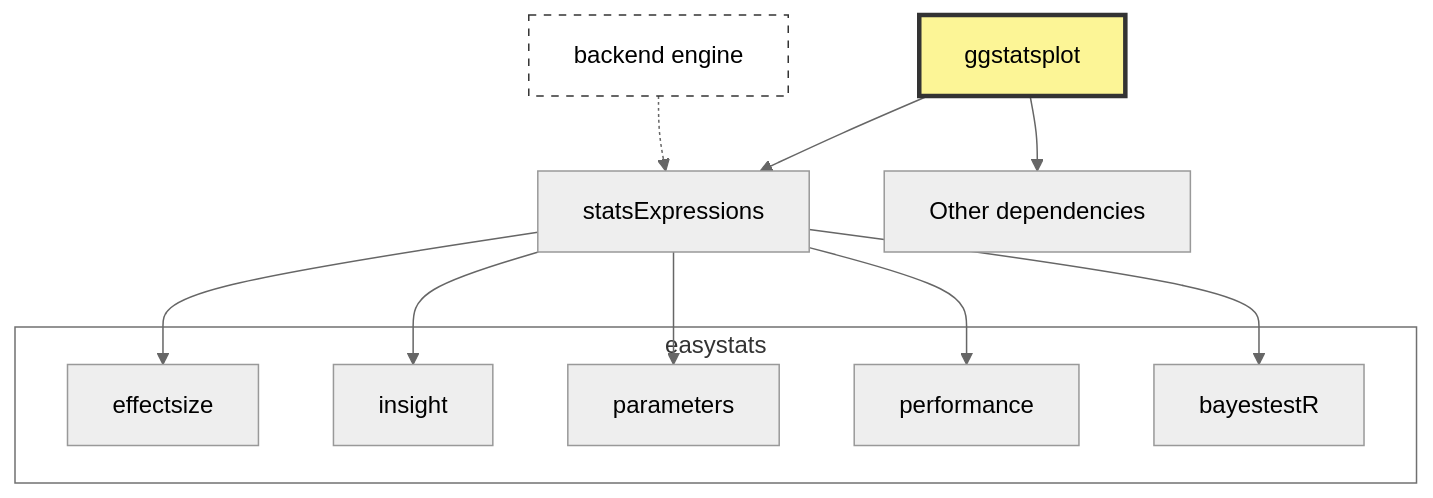
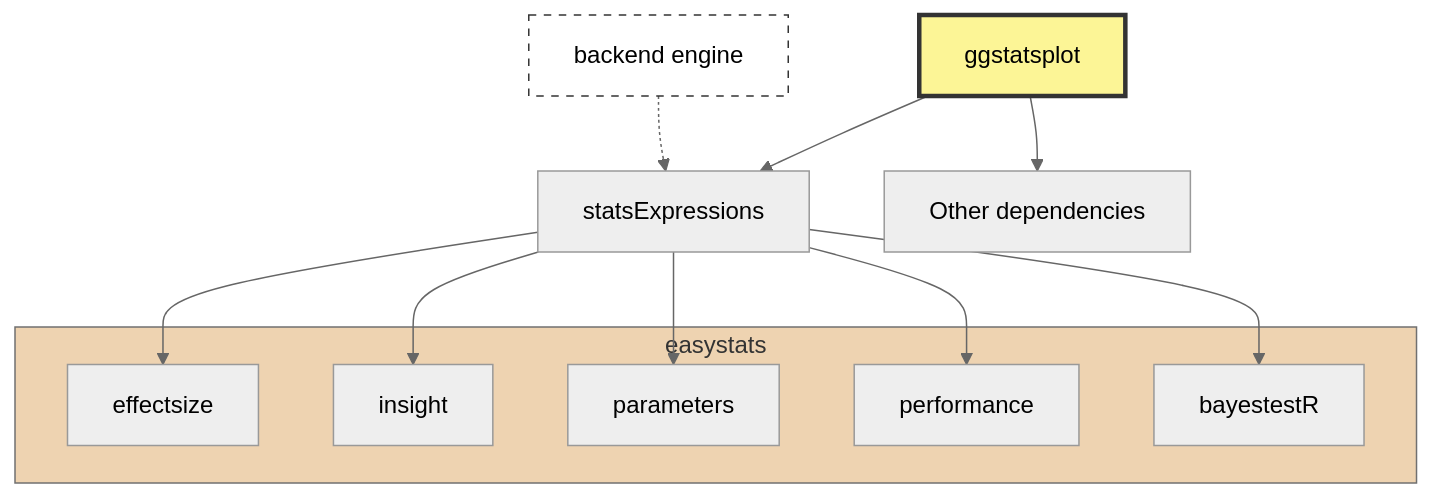
Before and after one commit to IndrajeetPatil/intro-to-ggstatsplot: the diagram in index.qmd, drawn with Mermaid (neutral theme). The commit also changed other lines of this file and 1 other file, not shown here.

````diff
--- a/index.qmd
+++ b/index.qmd
@@ -395,38 +402,38 @@
 ```{mermaid}
 %%| echo: false
 flowchart TD
     ggstatsplot[ggstatsplot]
     statsExpressions[statsExpressions]
     note["backend engine"]
     
     subgraph easystats[easystats]
         effectsize[effectsize]
         insight[insight]
         parameters[parameters]
         performance[performance]
         bayestestR[bayestestR]
     end
     
     %% Main dependencies
     ggstatsplot --> statsExpressions
     ggstatsplot --> dots[Other dependencies]
     
     %% Add note connecting to the main relationship
     note -.-> statsExpressions
     
     %% statsExpressions dependencies on easystats packages
     statsExpressions --> effectsize
     statsExpressions --> insight
     statsExpressions --> parameters
     statsExpressions --> performance
     statsExpressions --> bayestestR
     
     %% Styling using custom colors
-    style easystats fill:#ffffff
+    style easystats fill:#EED3B1
     
     classDef main fill:#FCF596,stroke:#333,stroke-width:3px
     classDef note fill:#ffffff,stroke:#333,stroke-width:1px,stroke-dasharray: 5 5
     
     class ggstatsplot main
     class note note
 ```
````
